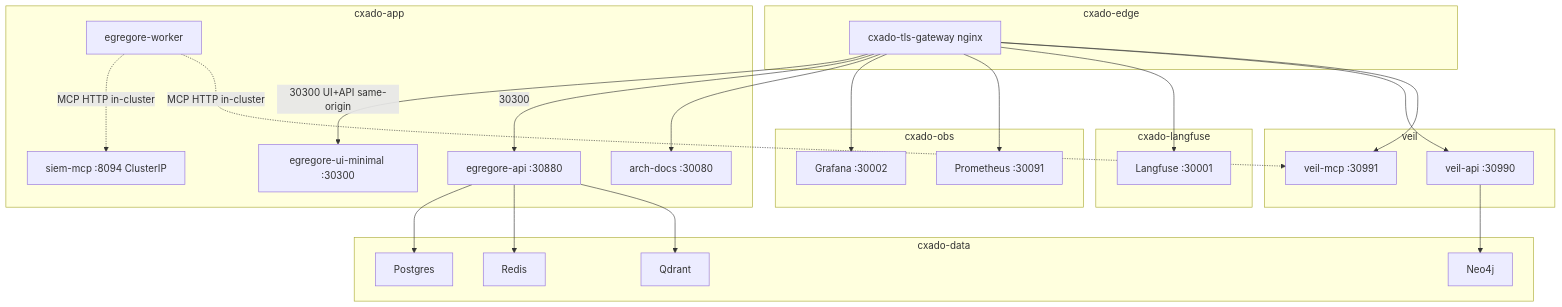
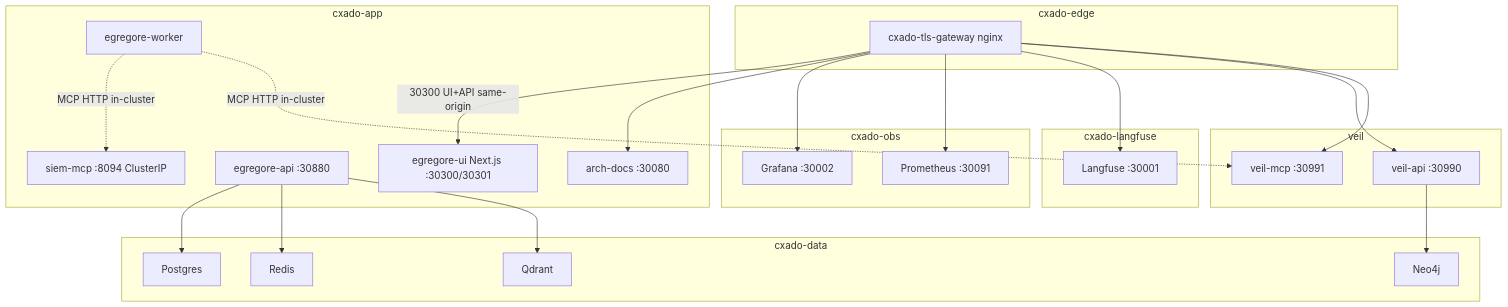
One commit to butbeautifulv/cxado changed the diagram in docs/architecture-site/diagrams/k3s-topology.mmd. Above: the diagram before and after it, drawn with Mermaid. The commit also changed 24 other files, not shown here.

First line of the commit message:
chore(k3s): remove ui-minimal; default offline deploy uses egregore-ui.

```diff
--- a/docs/architecture-site/diagrams/k3s-topology.mmd
+++ b/docs/architecture-site/diagrams/k3s-topology.mmd
@@ -1,48 +1,47 @@
 flowchart TB
   subgraph edge [cxado-edge]
     TLS[cxado-tls-gateway nginx]
   end
 
   subgraph app [cxado-app]
-    UIM[egregore-ui-minimal :30300]
+    UIM[egregore-ui Next.js :30300/30301]
     EAPI[egregore-api :30880]
     Worker[egregore-worker]
     SIEM[siem-mcp :8094 ClusterIP]
     Arch[arch-docs :30080]
   end
 
   subgraph data [cxado-data]
     PG[Postgres]
     Redis[Redis]
     Qdrant[Qdrant]
     Neo4j[Neo4j]
   end
 
   subgraph obs [cxado-obs]
     Graf[Grafana :30002]
     Prom[Prometheus :30091]
   end
 
   subgraph langfuse_ns [cxado-langfuse]
     LF[Langfuse :30001]
   end
 
   subgraph veil_ns [veil]
     VAPI[veil-api :30990]
     VMCP[veil-mcp :30991]
   end
 
   TLS -->|30300 UI+API same-origin| UIM
-  TLS -->|30300| EAPI
   TLS --> Arch
   TLS --> Graf
   TLS --> Prom
   TLS --> LF
   TLS --> VAPI
   TLS --> VMCP
   EAPI --> PG
   EAPI --> Redis
   EAPI --> Qdrant
   Worker -.->|MCP HTTP in-cluster| SIEM
   Worker -.->|MCP HTTP in-cluster| VMCP
   VAPI --> Neo4j
```
